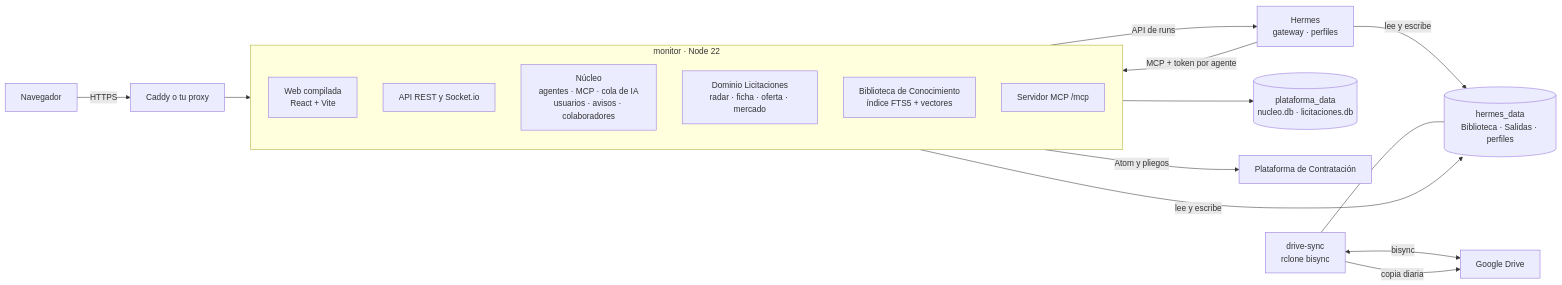
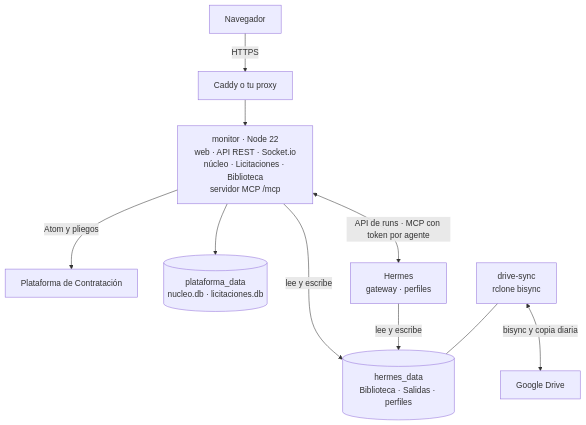
One commit to datagrowth/sobre-abierto changed the first of 3 diagrams in docs/como-esta-hecho/arquitectura.md. Above: the diagram before and after it, drawn with Mermaid.

Commit message:
Arquitectura: diagrama de componentes legible, un nodo por servicio (#18)

````diff
--- a/docs/como-esta-hecho/arquitectura.md
+++ b/docs/como-esta-hecho/arquitectura.md
@@ -24,25 +24,12 @@
 ```mermaid
-flowchart LR
+flowchart TB
     N[Navegador] -->|HTTPS| C[Caddy o tu proxy]
-    C --> M
-
-    subgraph M[monitor · Node 22]
-        direction TB
-        W[Web compilada<br/>React + Vite]
-        A[API REST y Socket.io]
-        NU[Núcleo<br/>agentes · MCP · cola de IA<br/>usuarios · avisos · colaboradores]
-        LI[Dominio Licitaciones<br/>radar · ficha · oferta · mercado]
-        V[Biblioteca de Conocimiento<br/>índice FTS5 + vectores]
-        MCP[Servidor MCP /mcp]
-    end
-
-    M -->|API de runs| H[Hermes<br/>gateway · perfiles]
-    H -->|MCP + token por agente| MCP
-    H -->|lee y escribe| HD[(hermes_data<br/>Biblioteca · Salidas · perfiles)]
-    M -->|lee y escribe| HD
+    C --> M[monitor · Node 22<br/>web · API REST · Socket.io<br/>núcleo · Licitaciones · Biblioteca<br/>servidor MCP /mcp]
+    M -->|Atom y pliegos| P[Plataforma de Contratación]
     M --> DB[(plataforma_data<br/>nucleo.db · licitaciones.db)]
-    M -->|Atom y pliegos| P[Plataforma de Contratación]
-    DS[drive-sync<br/>rclone bisync] <-->|bisync| GD[Google Drive]
-    DS --- HD
-    DS -->|copia diaria| GD
+    M <-->|API de runs · MCP con token por agente| H[Hermes<br/>gateway · perfiles]
+    M -->|lee y escribe| HD[(hermes_data<br/>Biblioteca · Salidas · perfiles)]
+    H -->|lee y escribe| HD
+    DS[drive-sync<br/>rclone bisync] --- HD
+    DS <-->|bisync y copia diaria| GD[Google Drive]
 ```
````
